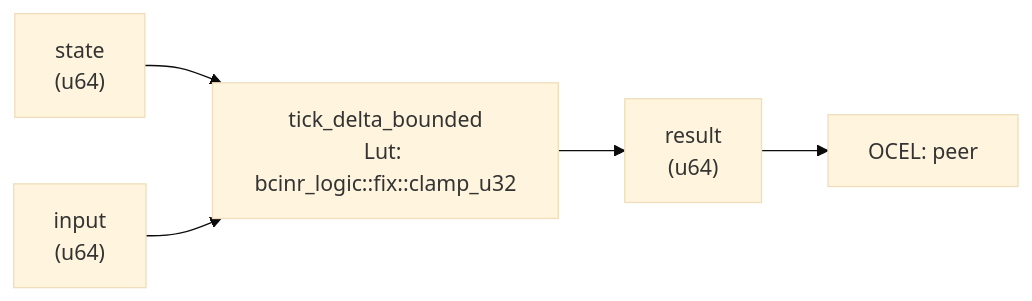
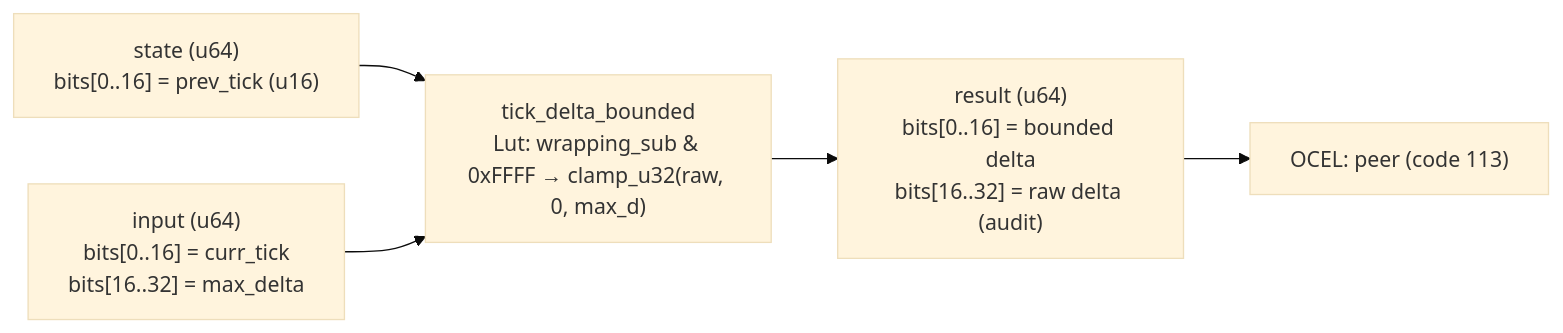
Before and after one commit to seanchatmangpt/bcinr: the diagram in crates/wasm4games/docs/patterns/tick_delta_bounded.md, drawn with Mermaid (base theme). The commit also changed other lines of this file and 5 other files, not shown here.

````diff
--- a/crates/wasm4games/docs/patterns/tick_delta_bounded.md
+++ b/crates/wasm4games/docs/patterns/tick_delta_bounded.md
@@ -56,12 +38,12 @@
 ```mermaid
 graph LR
-    state["state\n(u64)"]
-    input["input\n(u64)"]
-    kernel["tick_delta_bounded\nLut: bcinr_logic::fix::clamp_u32"]
-    result["result\n(u64)"]
+    state["state (u64)\nbits[0..16] = prev_tick (u16)"]
+    input["input (u64)\nbits[0..16] = curr_tick\nbits[16..32] = max_delta"]
+    kernel["tick_delta_bounded\nLut: wrapping_sub & 0xFFFF → clamp_u32(raw, 0, max_d)"]
+    result["result (u64)\nbits[0..16] = bounded delta\nbits[16..32] = raw delta (audit)"]
     state --> kernel
     input --> kernel
     kernel --> result
-    ocel_0["OCEL: peer"]
+    ocel_0["OCEL: peer (code 113)"]
     result --> ocel_0
 ```
````
